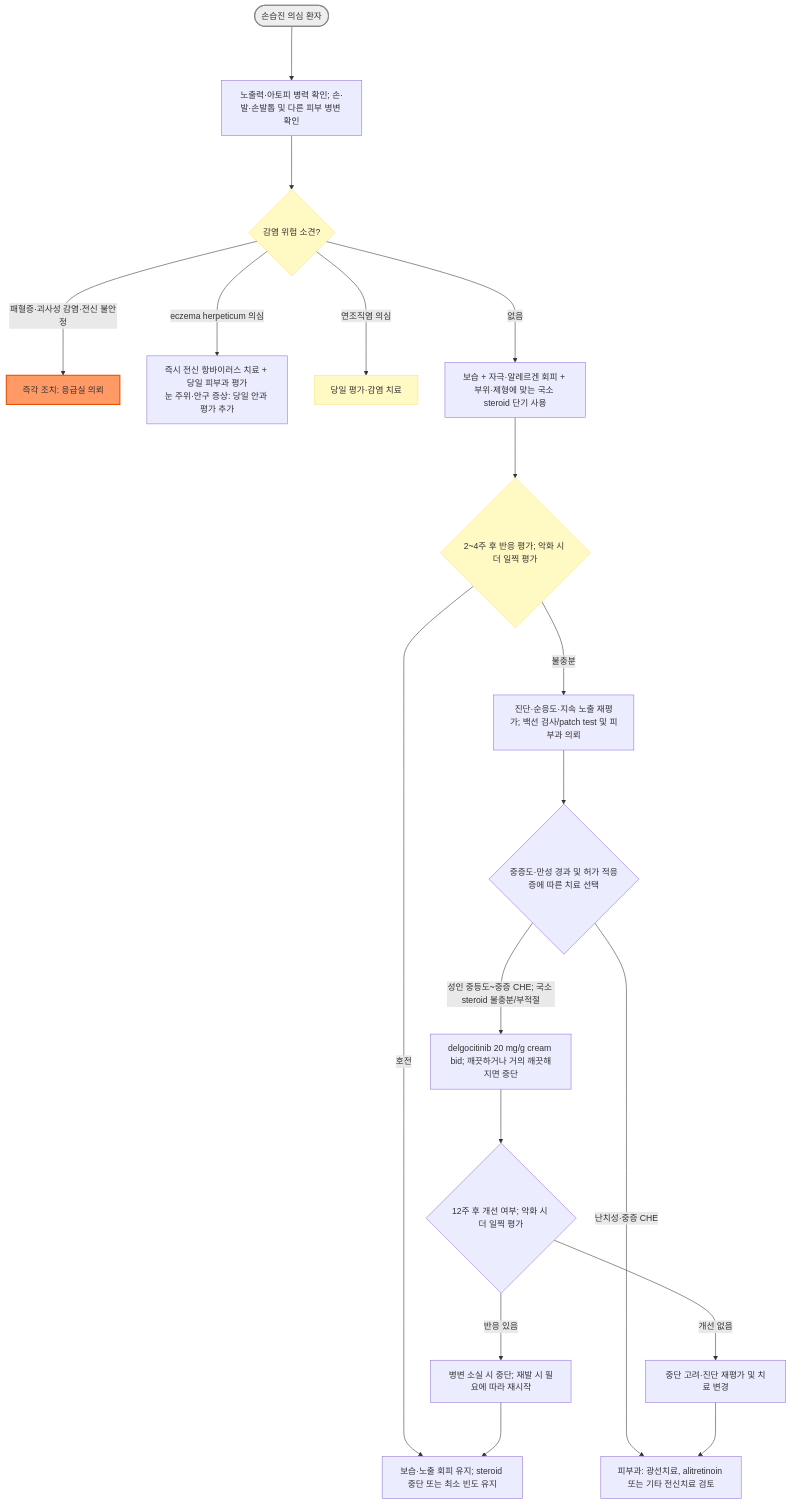
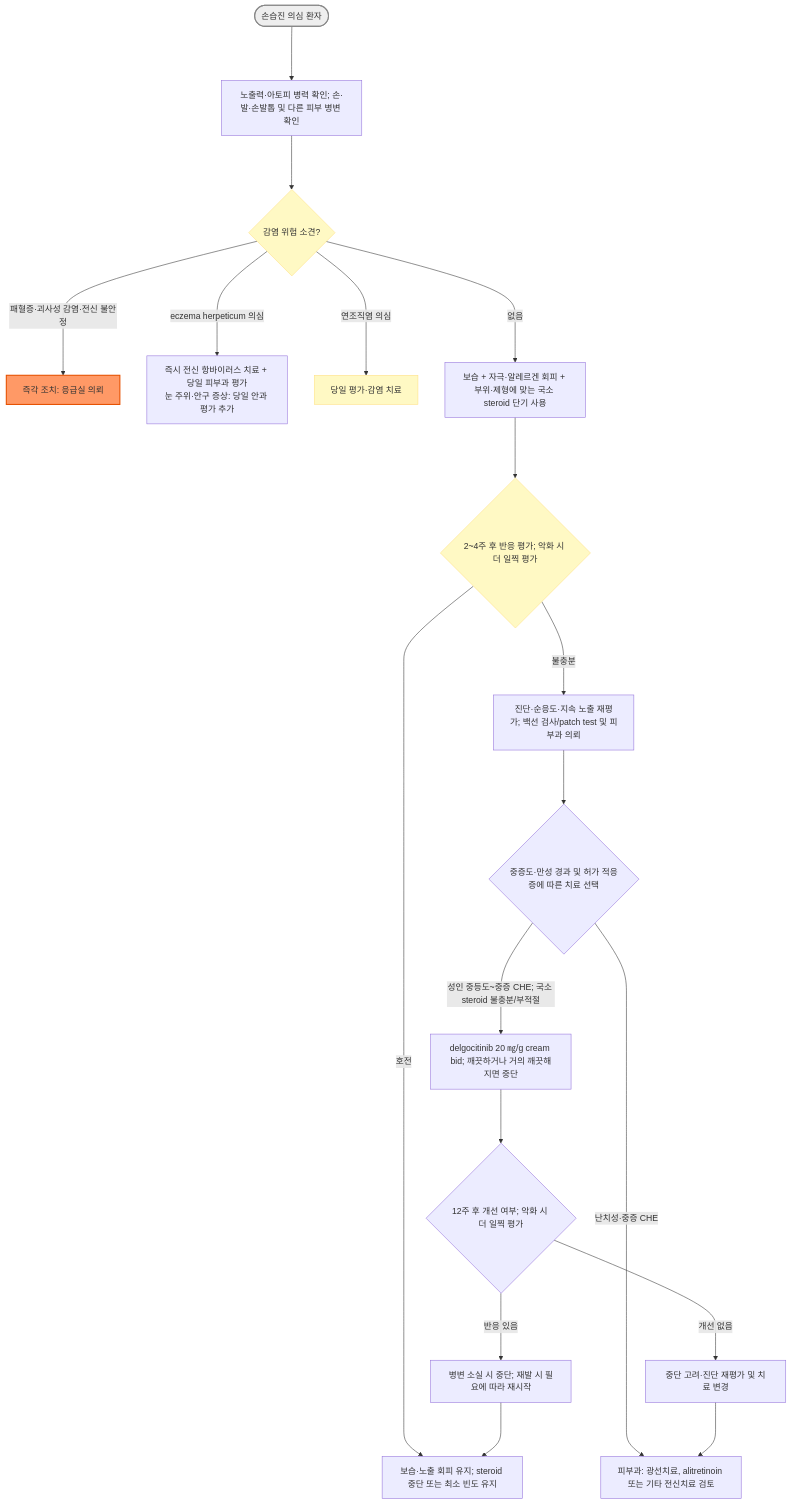
The diagram in 229_/159_-eczema.md (familyoh77/familyoh77), drawn with Mermaid before and after one commit. The commit also changed other lines of this file and 20 other files, not shown here.

````diff
--- a/229_/159_-eczema.md
+++ b/229_/159_-eczema.md
@@ -78,26 +81,26 @@
 ```mermaid
 graph TD
     Start(["손습진 의심 환자"]) ---> Hx["노출력·아토피 병력 확인; 손·발·손발톱 및 다른 피부 병변 확인"]
     Hx ---> Infection{"감염 위험 소견?"}
     Infection --->|"패혈증·괴사성 감염·전신 불안정"| Emergency["즉각 조치: 응급실 의뢰"]
     Infection --->|"eczema herpeticum 의심"| Herpes["즉시 전신 항바이러스 치료 + 당일 피부과 평가<br/>눈 주위·안구 증상: 당일 안과 평가 추가"]
     Infection --->|"연조직염 의심"| SameDay["당일 평가·감염 치료"]
     Infection --->|"없음"| FirstLine["보습 + 자극·알레르겐 회피 + 부위·제형에 맞는 국소 steroid 단기 사용"]
     FirstLine ---> Reassess{"2~4주 후 반응 평가; 악화 시 더 일찍 평가"}
     Reassess --->|"호전"| Maintain["보습·노출 회피 유지; steroid 중단 또는 최소 빈도 유지"]
     Reassess --->|"불충분"| Review["진단·순응도·지속 노출 재평가; 백선 검사/patch test 및 피부과 의뢰"]
     Review ---> Options{"중증도·만성 경과 및 허가 적응증에 따른 치료 선택"}
-    Options --->|"성인 중등도~중증 CHE; 국소 steroid 불충분/부적절"| Delgo["delgocitinib 20 mg/g cream bid; 깨끗하거나 거의 깨끗해지면 중단"]
+    Options --->|"성인 중등도~중증 CHE; 국소 steroid 불충분/부적절"| Delgo["delgocitinib 20 ㎎/g cream bid; 깨끗하거나 거의 깨끗해지면 중단"]
     Options --->|"난치성·중증 CHE"| Specialist["피부과: 광선치료, alitretinoin 또는 기타 전신치료 검토"]
     Delgo ---> Response{"12주 후 개선 여부; 악화 시 더 일찍 평가"}
     Response --->|"개선 없음"| Stop["중단 고려·진단 재평가 및 치료 변경"]
     Stop ---> Specialist
     Response --->|"반응 있음"| Control["병변 소실 시 중단; 재발 시 필요에 따라 재시작"]
     Control ---> Maintain
 
     style Start fill:#eeeeee,stroke:#888888,stroke-width:2px
     style Infection fill:#fff9c4,stroke:#ffe082
     style Reassess fill:#fff9c4,stroke:#ffe082
     style Emergency fill:#f96,stroke:#e65100,stroke-width:2px
     style SameDay fill:#fff9c4,stroke:#ffe082
 ```
````
